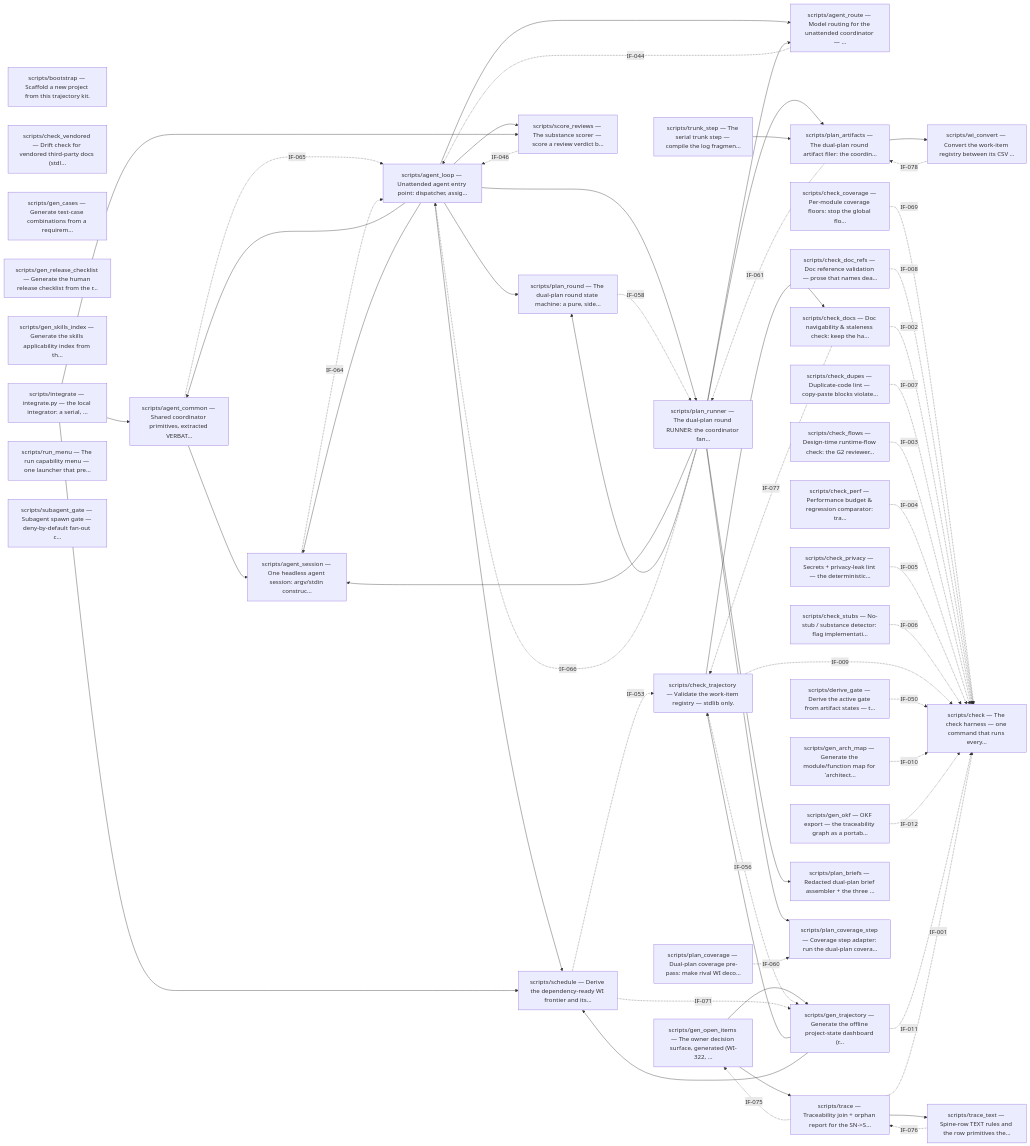
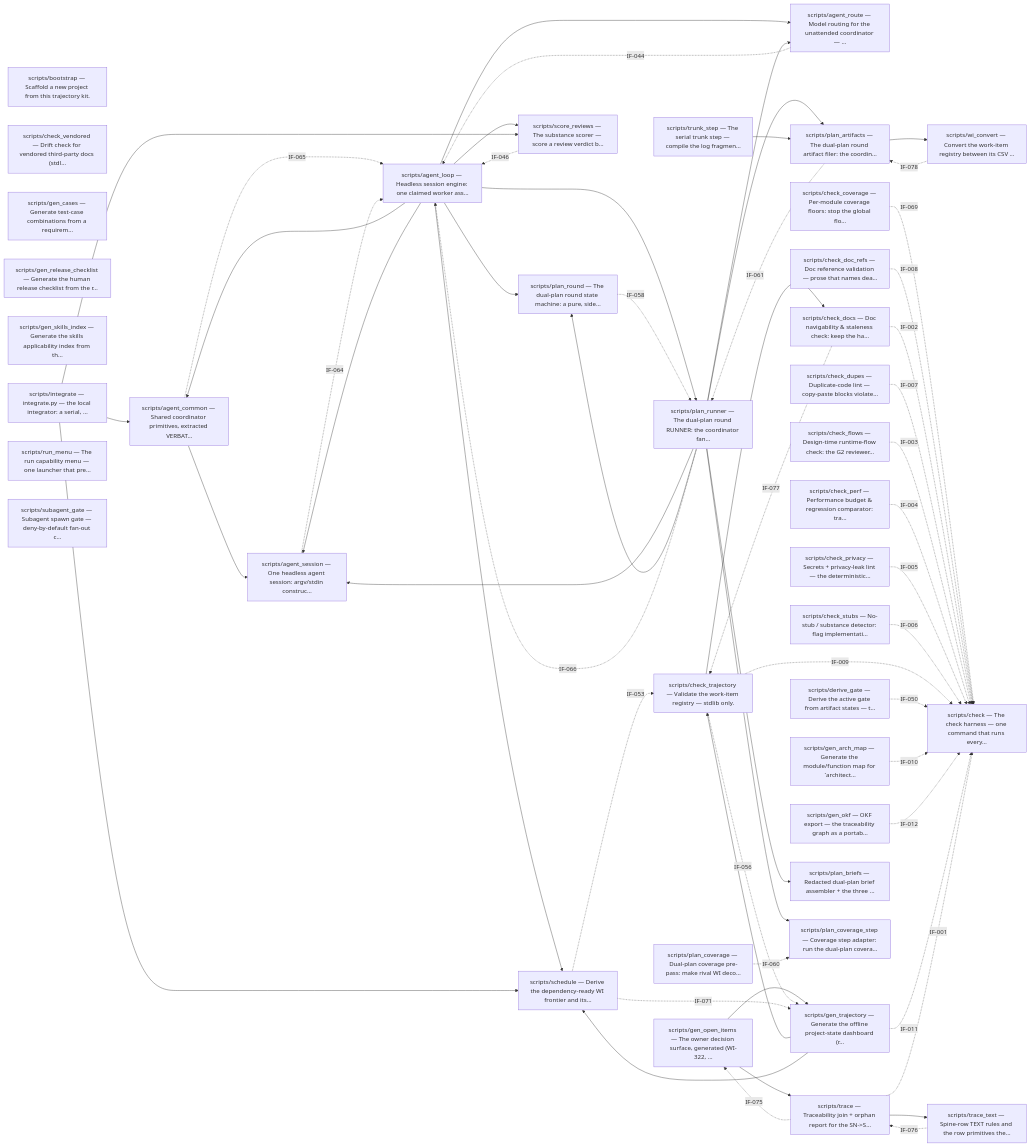
One commit to diytechy/ai-template changed the first of 4 diagrams in docs/architecture.md. Above: the diagram before and after it, drawn with Mermaid. The commit also changed other lines of this file and 11 other files, not shown here.

````diff
--- a/docs/architecture.md
+++ b/docs/architecture.md
@@ -37,7 +37,7 @@
 ```mermaid
 graph LR
     m_scripts_agent_common["scripts/agent_common — Shared coordinator primitives, extracted VERBAT…"]
-    m_scripts_agent_loop["scripts/agent_loop — Unattended agent entry point: dispatcher, assig…"]
+    m_scripts_agent_loop["scripts/agent_loop — Headless session engine: one claimed worker ass…"]
     m_scripts_agent_route["scripts/agent_route — Model routing for the unattended coordinator — …"]
     m_scripts_agent_session["scripts/agent_session — One headless agent session: argv/stdin construc…"]
     m_scripts_bootstrap["scripts/bootstrap — Scaffold a new project from this trajectory kit."]
````
